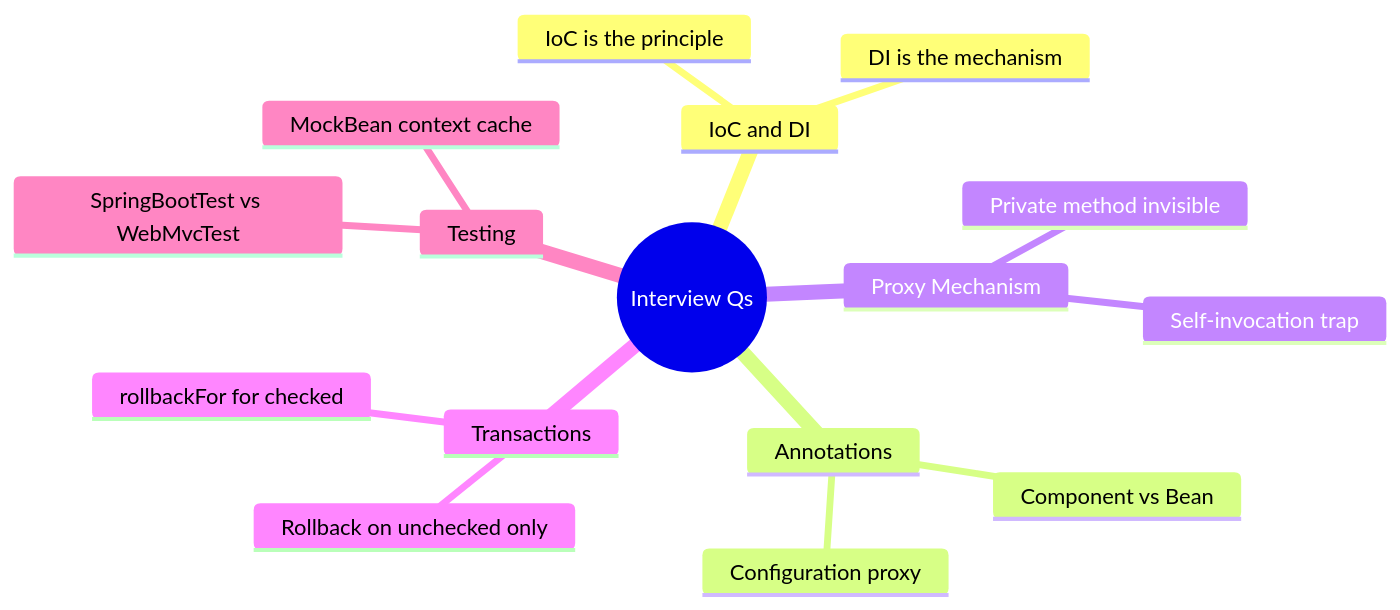
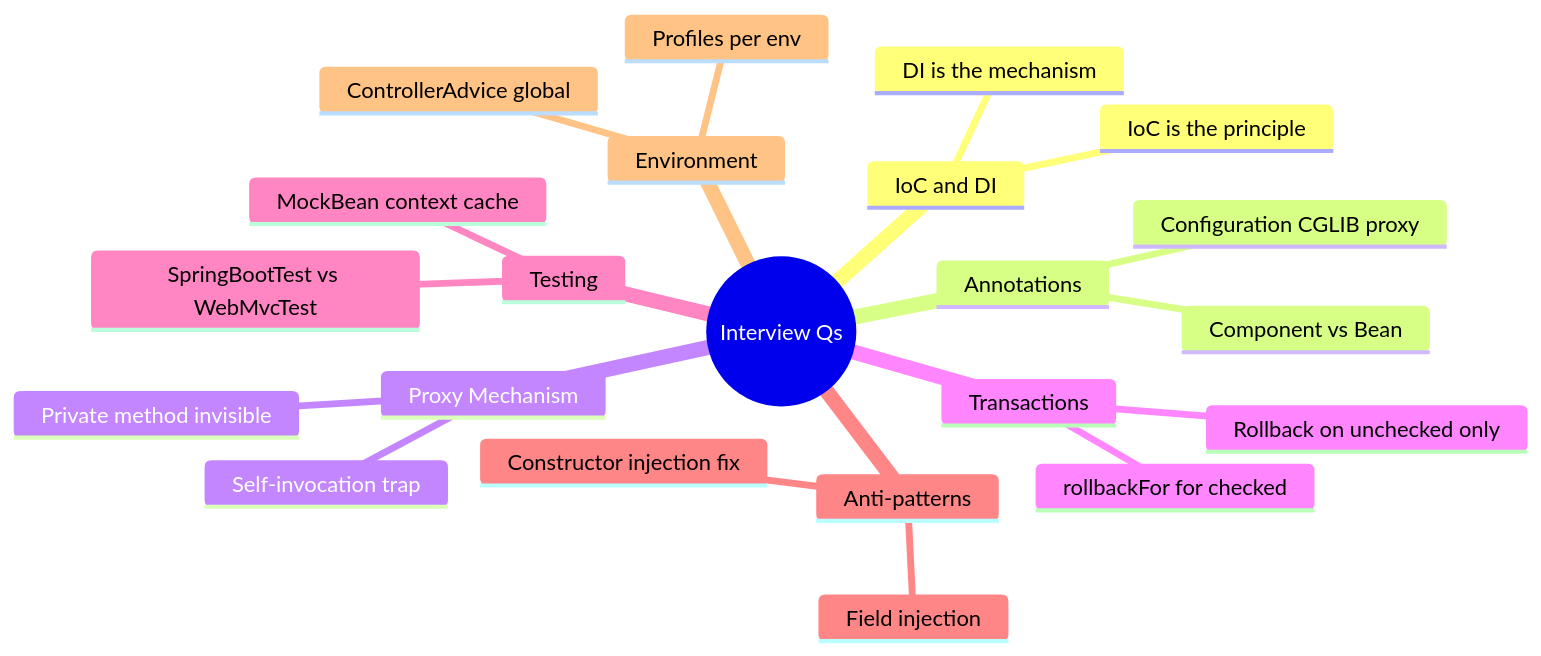
Diagram 19 of 20 in learn/spring/Spring - Web and Data.md (shivakrishnak/sk-bytes), drawn with Mermaid before and after one commit. The commit also changed other lines of this file, not shown here.

````diff
--- a/learn/spring/Spring - Web and Data.md
+++ b/learn/spring/Spring - Web and Data.md
@@ -3937,19 +4097,25 @@
 ```mermaid
 mindmap
   root((Interview Qs))
     IoC and DI
       IoC is the principle
       DI is the mechanism
     Annotations
       Component vs Bean
-      Configuration proxy
+      Configuration CGLIB proxy
     Proxy Mechanism
       Self-invocation trap
       Private method invisible
     Transactions
       Rollback on unchecked only
       rollbackFor for checked
     Testing
       SpringBootTest vs WebMvcTest
       MockBean context cache
+    Anti-patterns
+      Field injection
+      Constructor injection fix
+    Environment
+      Profiles per env
+      ControllerAdvice global
 ```
````
